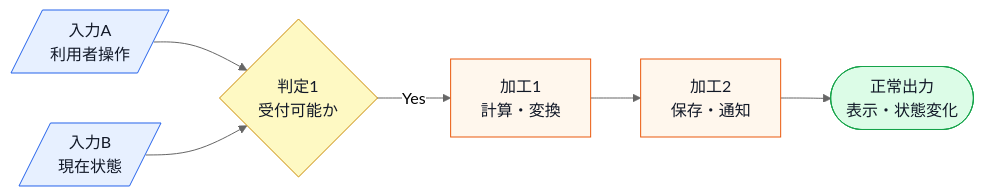
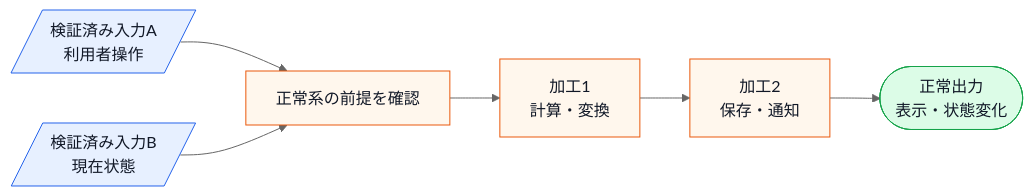
Before and after one commit to kumachan1101-pixel/DesignPattern: the third of 3 diagrams in kindle/design-patterns/output/chapter00_2.md, drawn with Mermaid (neutral theme). The commit also changed other lines of this file and 20 other files, not shown here.

````diff
--- a/kindle/design-patterns/output/chapter00_2.md
+++ b/kindle/design-patterns/output/chapter00_2.md
@@ -310,13 +310,13 @@
 ```mermaid
 flowchart LR
-    A[/入力A<br>利用者操作/]:::input --> B{判定1<br>受付可能か}:::decision
-    C[/入力B<br>現在状態/]:::input --> B
-    B -->|Yes| D[加工1<br>計算・変換]:::process
+    A[/検証済み入力A<br>利用者操作/]:::input --> B[正常系の前提を確認]:::process
+    C[/検証済み入力B<br>現在状態/]:::input --> B
+    B --> D[加工1<br>計算・変換]:::process
     D --> E[加工2<br>保存・通知]:::process
     E --> F([正常出力<br>表示・状態変化]):::normal
 
     classDef input fill:#e7f0ff,stroke:#2563eb,color:#111827;
     classDef process fill:#fff7ed,stroke:#ea580c,color:#111827;
     classDef decision fill:#fef9c3,stroke:#ca8a04,color:#111827;
     classDef normal fill:#dcfce7,stroke:#16a34a,color:#111827;
 ```
````
